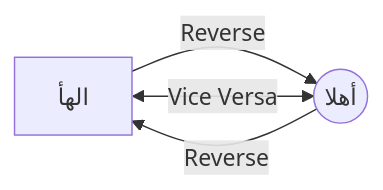
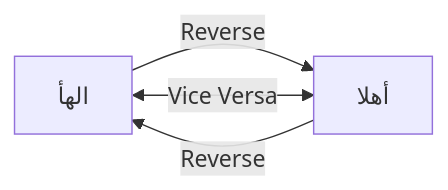
The diagram in README.md (haithamaouati/RAS), drawn with Mermaid before and after one commit.

````diff
--- a/README.md
+++ b/README.md
@@ -35,6 +35,6 @@
 ```mermaid
 flowchart LR;
-A[الهأ] -->|Reverse| B((أهلا));
+A[الهأ]-->|Reverse|B[أهلا];
 A<-->|Vice Versa|B;
 B-->|Reverse|A;
 ```
````
